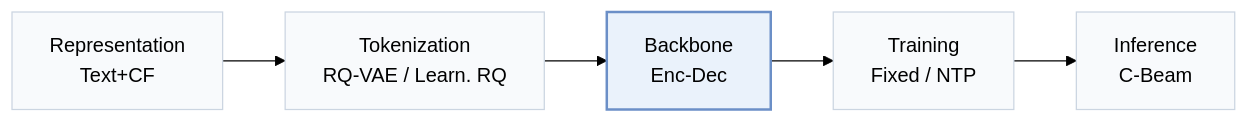
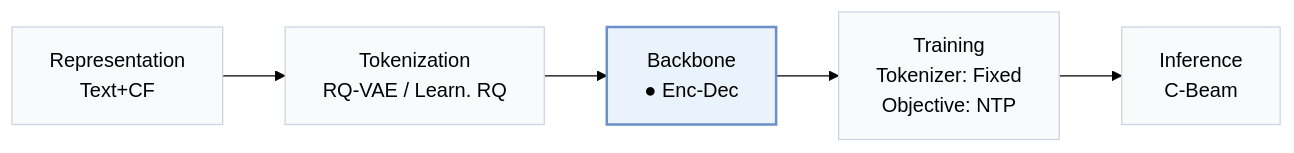
The first of 2 diagrams in pages/papers/discrec.md (Galaxy-ghost/Awesome-SID-Generative-Rec), drawn with Mermaid (forest theme) before and after one commit. The commit also changed other lines of this file and 558 other files, not shown here.

````diff
--- a/pages/papers/discrec.md
+++ b/pages/papers/discrec.md
@@ -15,8 +19,8 @@
 ```mermaid
 flowchart LR
-    R["Representation<br/>Text+CF"] --> T["Tokenization<br/>RQ-VAE / Learn. RQ"] --> B["Backbone<br/>Enc-Dec"] --> TR["Training<br/>Fixed / NTP"] --> I["Inference<br/>C-Beam"]
+    R["Representation<br/>Text+CF"] --> T["Tokenization<br/>RQ-VAE / Learn. RQ"] --> B["Backbone<br/>● Enc-Dec"] --> TR["Training<br/>Tokenizer: Fixed<br/>Objective: NTP"] --> I["Inference<br/>C-Beam"]
     classDef base fill:#f8fafc,stroke:#cbd5e1
     class R,T,B,TR,I base
     classDef main fill:#eaf2fb,stroke:#6b8fc7,stroke-width:2px
     class B main
 ```
````
